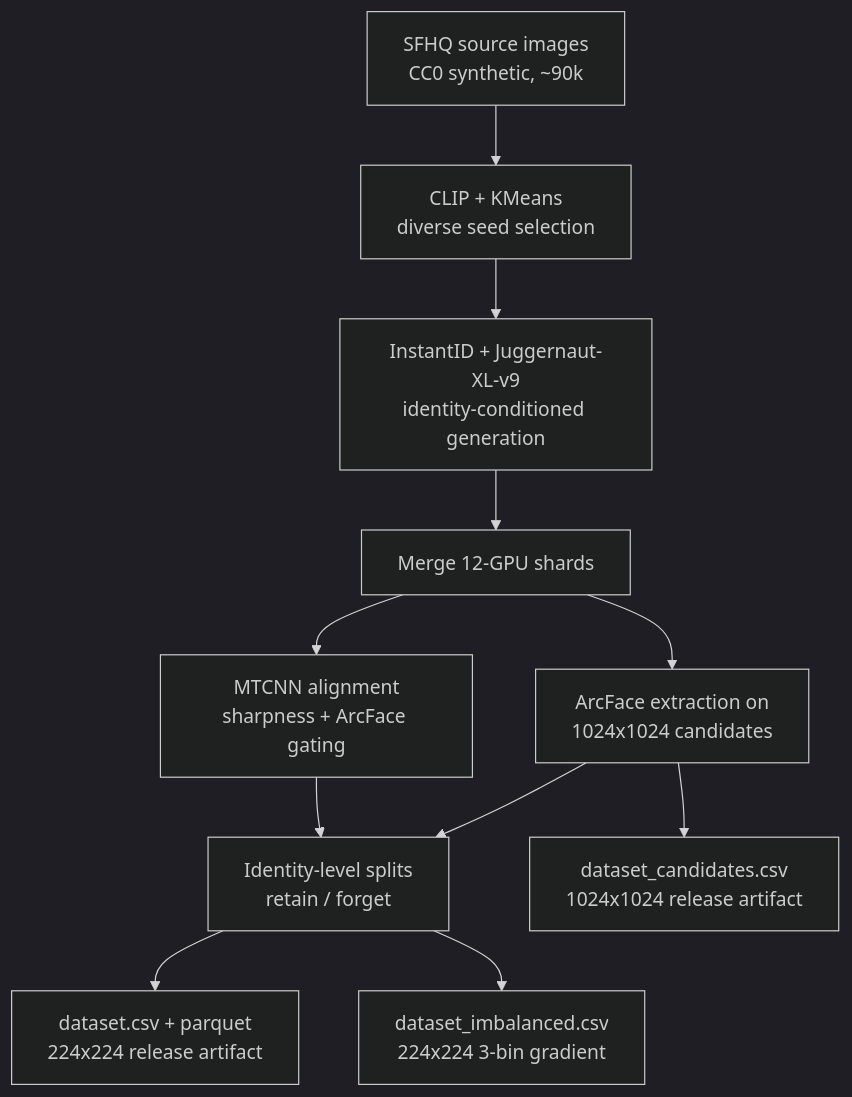
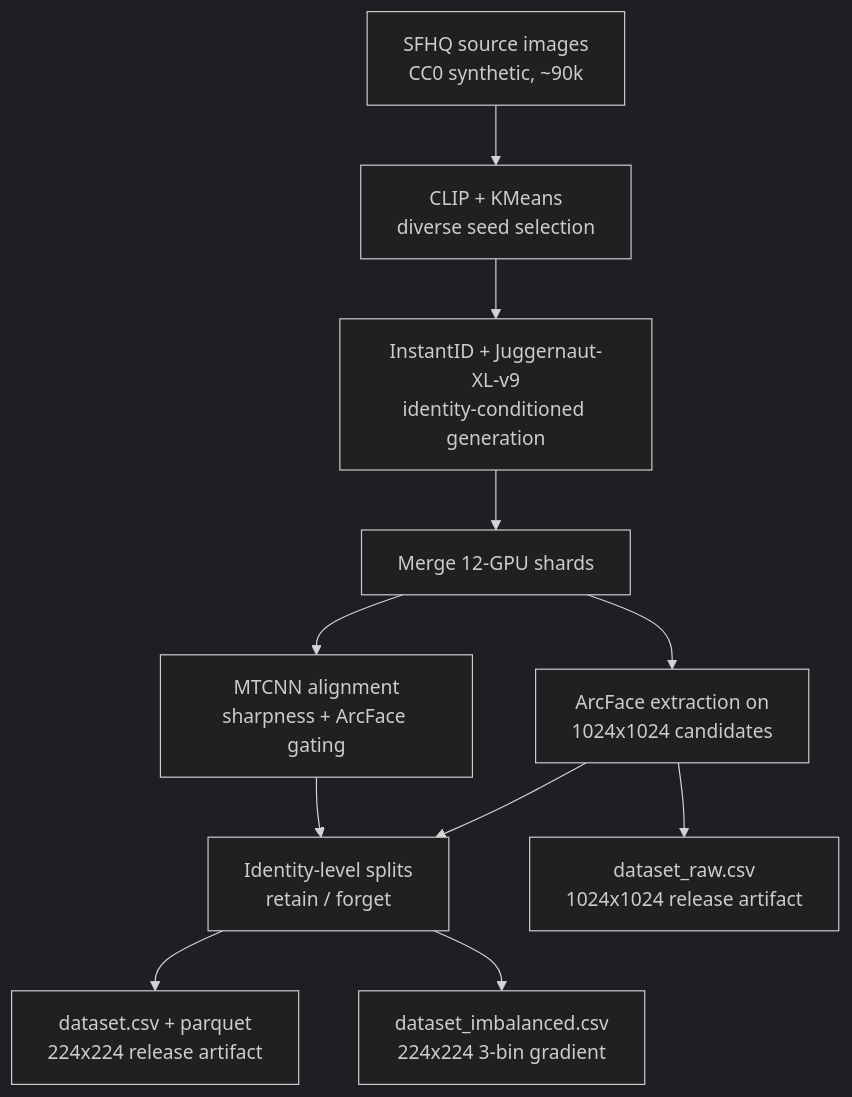
Before and after one commit to FaizPalwala/virtual-id-gen: the diagram in README.md, drawn with Mermaid (dark theme). The commit also changed other lines of this file and 2 other files, not shown here.

First line of the commit message:
refactor: rename Full/candidates → raw; fix README 85:40:20 → ratio-based; update guidance doc

````diff
--- a/README.md
+++ b/README.md
@@ -70,13 +70,13 @@
 ```mermaid
 flowchart TD
     A[SFHQ source images<br/>CC0 synthetic, ~90k] --> B[CLIP + KMeans<br/>diverse seed selection]
     B --> C[InstantID + Juggernaut-XL-v9<br/>identity-conditioned generation]
     C --> D[Merge 12-GPU shards]
     D --> E[ArcFace extraction on<br/>1024x1024 candidates]
     D --> F[MTCNN alignment<br/>sharpness + ArcFace gating]
     E --> G[Identity-level splits<br/>retain / forget]
     F --> G
-    E --> J[dataset_candidates.csv<br/>1024x1024 release artifact]
+    E --> J[dataset_raw.csv<br/>1024x1024 release artifact]
     G --> H[dataset.csv + parquet<br/>224x224 release artifact]
     G --> I[dataset_imbalanced.csv<br/>224x224 3-bin gradient]
 ```
````
